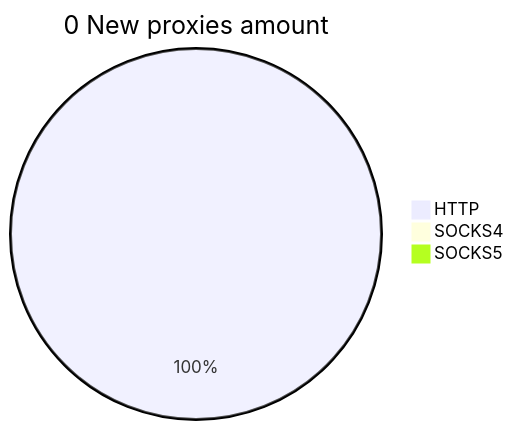
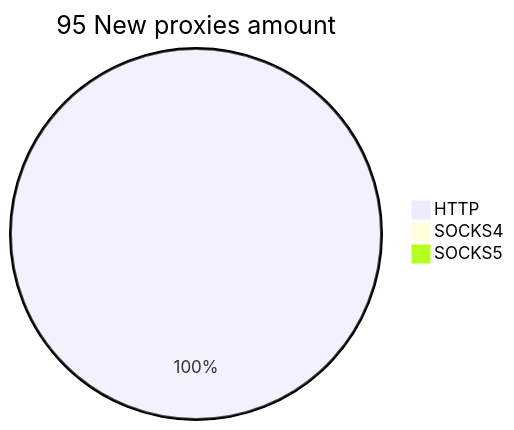
The second of 2 diagrams in README.md (cutipu/proxylist), drawn with Mermaid before and after one commit. The commit also changed other lines of this file, not shown here.

````diff
--- a/README.md
+++ b/README.md
@@ -10,6 +10,6 @@
 ```mermaid
-pie title 0 New proxies amount
-    "HTTP" : 2
+pie title 95 New proxies amount
+    "HTTP" : 97
     "SOCKS4" : 0
     "SOCKS5" : 0
 ```
````
